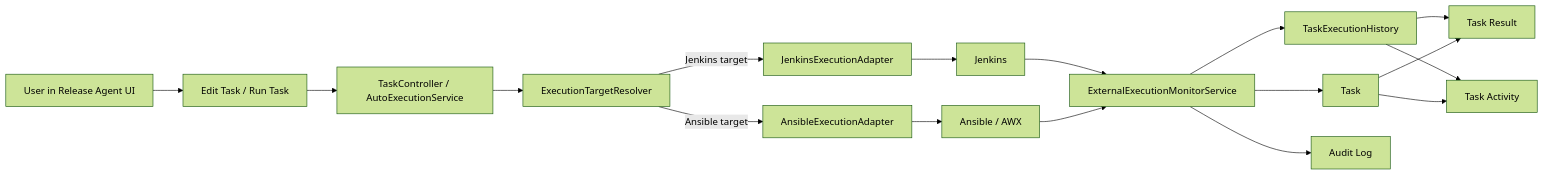
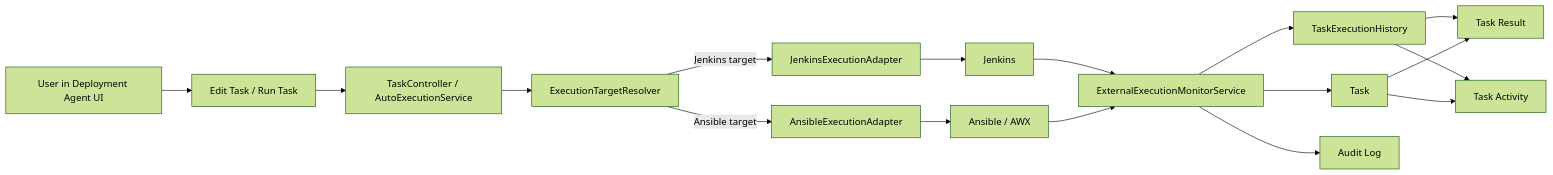
Before and after one commit to wwa-lab/deployment-agent: the first of 2 diagrams in docs/05-design/multi-tool-execution-design.md, drawn with Mermaid (forest theme). The commit also changed other lines of this file and 23 other files, not shown here.

First line of the commit message:
docs: update documents for template-based rundown creation and rename to Deployment Agent

````diff
--- a/docs/05-design/multi-tool-execution-design.md
+++ b/docs/05-design/multi-tool-execution-design.md
@@ -29,23 +29,23 @@
 ```mermaid
 flowchart LR
-    User["User in Release Agent UI"] --> Edit["Edit Task / Run Task"]
+    User["User in Deployment Agent UI"] --> Edit["Edit Task / Run Task"]
     Edit --> API["TaskController / AutoExecutionService"]
     API --> Resolver["ExecutionTargetResolver"]
     Resolver -->|Jenkins target| JenkinsAdapter["JenkinsExecutionAdapter"]
     Resolver -->|Ansible target| AnsibleAdapter["AnsibleExecutionAdapter"]
 
     JenkinsAdapter --> Jenkins["Jenkins"]
     AnsibleAdapter --> Ansible["Ansible / AWX"]
 
     Jenkins --> Monitor["ExternalExecutionMonitorService"]
     Ansible --> Monitor
 
     Monitor --> History["TaskExecutionHistory"]
     Monitor --> Task["Task"]
     Monitor --> Audit["Audit Log"]
 
     History --> ResultUI["Task Result"]
     History --> ActivityUI["Task Activity"]
     Task --> ResultUI
     Task --> ActivityUI
 ```
````
